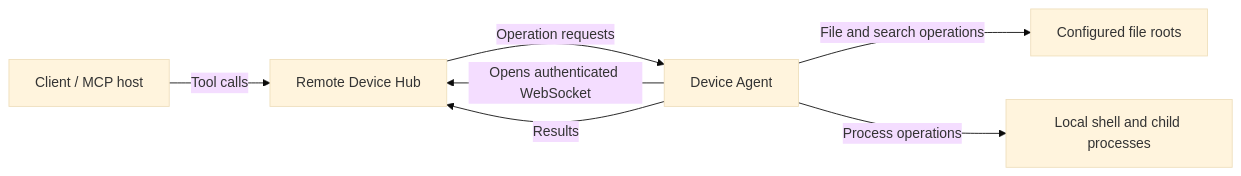
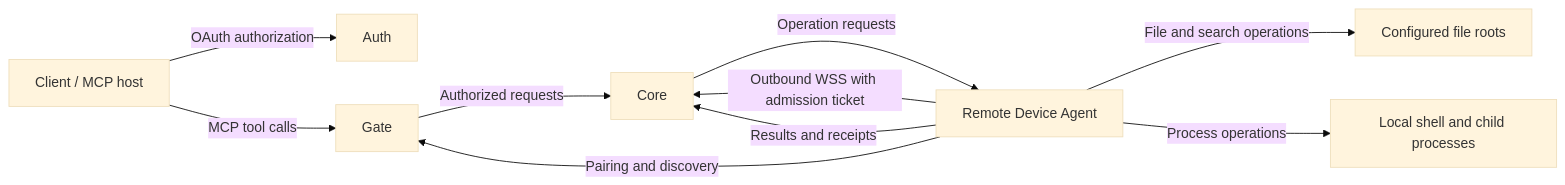
Before and after one commit to easelian/remote-device-agent: the diagram in docs/architecture.md, drawn with Mermaid (base theme). The commit also changed other lines of this file and 14 other files, not shown here.

````diff
--- a/docs/architecture.md
+++ b/docs/architecture.md
@@ -5,9 +7,12 @@
 ```mermaid
 flowchart LR
-    Client[Client / MCP host] -->|Tool calls| Hub[Remote Device Hub]
-    Agent[Device Agent] -->|Opens authenticated WebSocket| Hub
-    Hub -->|Operation requests| Agent
-    Agent -->|Results| Hub
+    Client[Client / MCP host] -->|OAuth authorization| Auth[Auth]
+    Client -->|MCP tool calls| Gate[Gate]
+    Gate -->|Authorized requests| Core[Core]
+    Agent[Remote Device Agent] -->|Pairing and discovery| Gate
+    Agent -->|Outbound WSS with admission ticket| Core
+    Core -->|Operation requests| Agent
+    Agent -->|Results and receipts| Core
     Agent -->|File and search operations| Files[Configured file roots]
     Agent -->|Process operations| Shell[Local shell and child processes]
 ```
````
